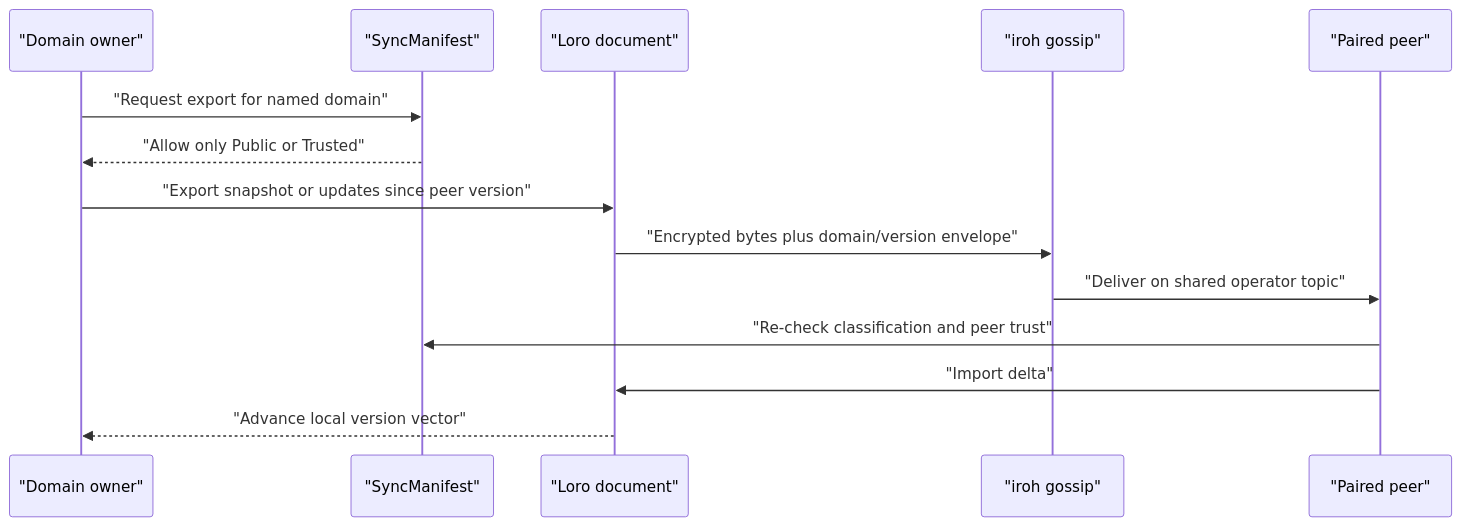
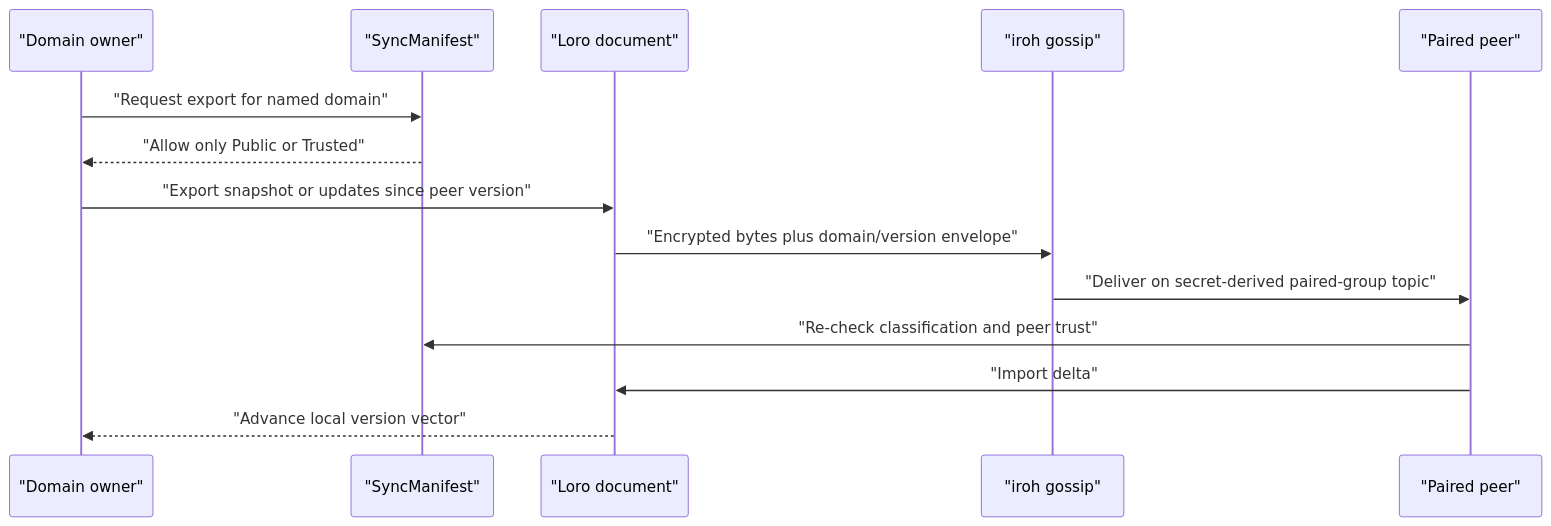
Before and after one commit to Prometheus-AGS/prometheus-skill-system: the diagram in site/docs/sovereign-sync/architecture.md, drawn with Mermaid. The commit also changed other lines of this file and 100 other files, not shown here.

````diff
--- a/site/docs/sovereign-sync/architecture.md
+++ b/site/docs/sovereign-sync/architecture.md
@@ -167,16 +157,16 @@
 ```mermaid
 sequenceDiagram
   participant Owner as "Domain owner"
   participant Manifest as "SyncManifest"
   participant CRDT as "Loro document"
   participant P2P as "iroh gossip"
   participant Peer as "Paired peer"
   Owner->>Manifest: "Request export for named domain"
   Manifest-->>Owner: "Allow only Public or Trusted"
   Owner->>CRDT: "Export snapshot or updates since peer version"
   CRDT->>P2P: "Encrypted bytes plus domain/version envelope"
-  P2P->>Peer: "Deliver on shared operator topic"
+  P2P->>Peer: "Deliver on secret-derived paired-group topic"
   Peer->>Manifest: "Re-check classification and peer trust"
   Peer->>CRDT: "Import delta"
   CRDT-->>Owner: "Advance local version vector"
 ```
````
